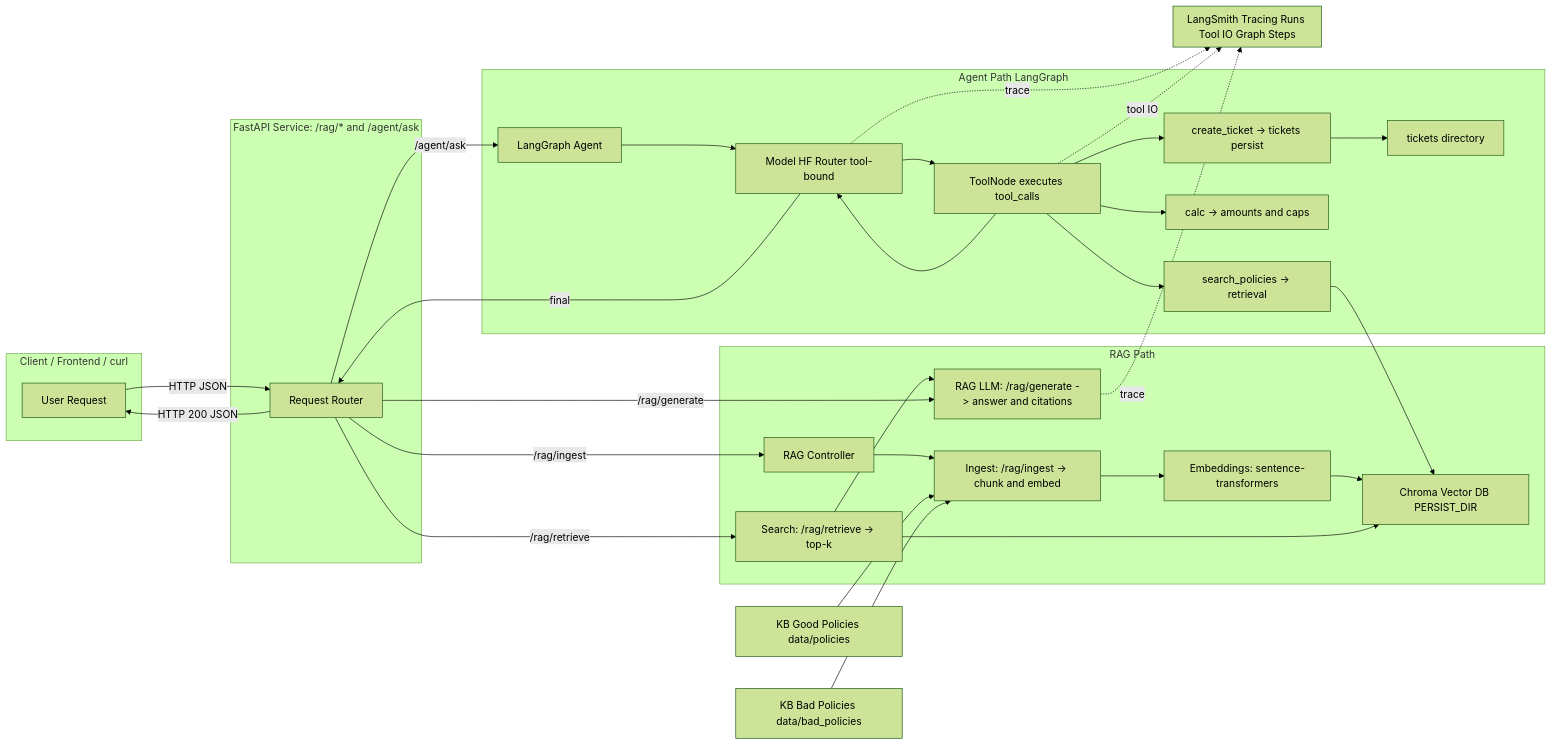
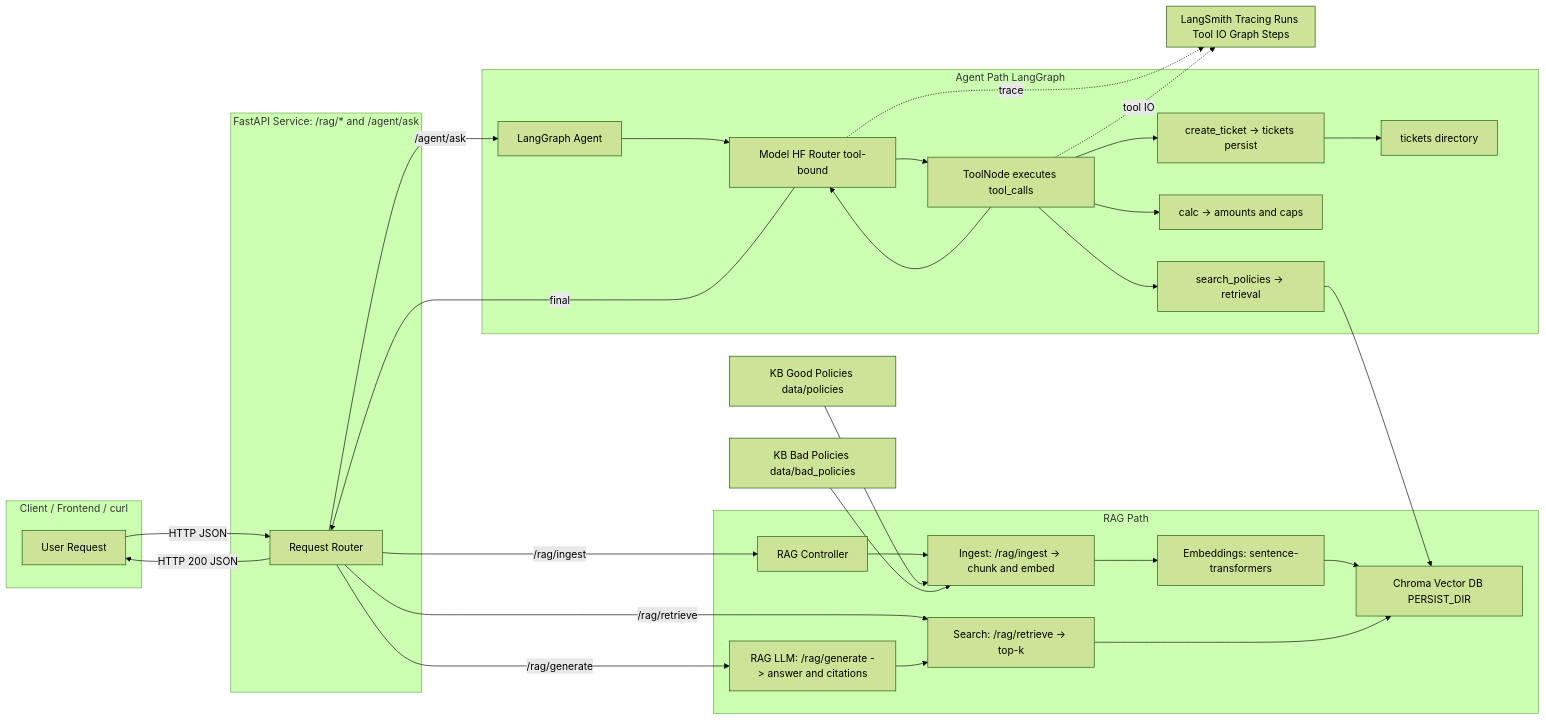
Before and after one commit to kiratech/labs: the diagram in Workshops/AI/04-Agents-and-RAG/README.md, drawn with Mermaid (forest theme).

Commit message:
refactor readme

````diff
--- a/Workshops/AI/04-Agents-and-RAG/README.md
+++ b/Workshops/AI/04-Agents-and-RAG/README.md
@@ -143,76 +143,75 @@
 ```mermaid
 flowchart LR
   %% High-Level Flow: Client -> FastAPI -> RAG / Agent (LangGraph) -> LangSmith taps
 
   subgraph CLIENT["Client / Frontend / curl"]
     C[User Request]
   end
 
   subgraph API["FastAPI Service: /rag/* and /agent/ask"]
     A[Request Router]
   end
 
   C -->|HTTP JSON| A
 
   %% ---- RAG lane ----
   subgraph RAG["RAG Path"]
     R0[RAG Controller]
     RG1[Ingest: /rag/ingest -> chunk and embed]
     RG2[Embeddings: sentence-transformers]
     RG3[Chroma Vector DB PERSIST_DIR]
     RS1[Search: /rag/retrieve -> top-k]
     RQ1[RAG LLM: /rag/generate -> answer and citations]
   end
 
   A -->|/rag/ingest| R0
   R0 --> RG1 --> RG2 --> RG3
 
   A -->|/rag/retrieve| RS1
   RS1 --> RG3
-  RS1 --> RQ1
+  RQ1 --> RS1
 
   A -->|/rag/generate| RQ1
 
   %% KBs
   K1[KB Good Policies data/policies]
   K2[KB Bad Policies data/bad_policies]
   K1 --> RG1
   K2 --> RG1
 
   %% ---- Agent lane ----
   subgraph AGENT["Agent Path LangGraph"]
     G0[LangGraph Agent]
     G1[Model HF Router tool-bound]
     TN[ToolNode executes tool_calls]
 
     T1[search_policies -> retrieval]
     T2[calc -> amounts and caps]
     T3[create_ticket -> tickets persist]
 
     TICKETS[tickets directory]
   end
 
   A -->|/agent/ask| G0
   G0 --> G1 --> TN
 
   TN --> T1
   T1 --> RG3
 
   TN --> T2
 
   TN --> T3
   T3 --> TICKETS
 
   TN --> G1
   G1 -->|final| A
 
   %% ---- LangSmith taps ----
   subgraph OBS["LangSmith Tracing Runs Tool IO Graph Steps"]
   end
 
-  RQ1 -.->|trace| OBS
   G1  -.->|trace| OBS
   TN  -.->|tool IO| OBS
 
   A -->|HTTP 200 JSON| C
 ```
````
